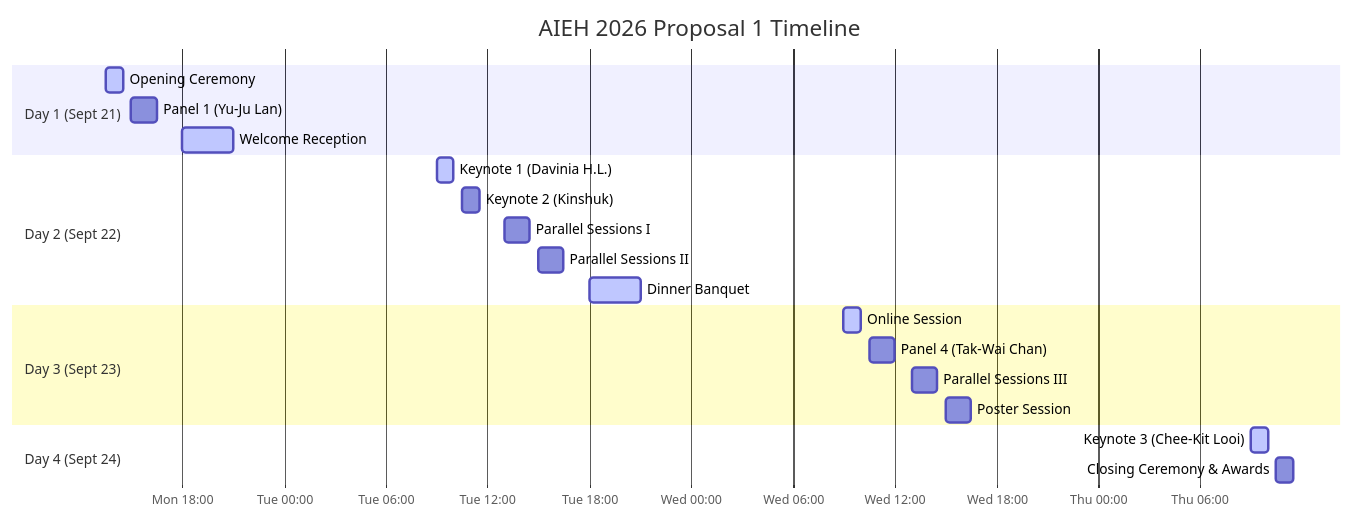
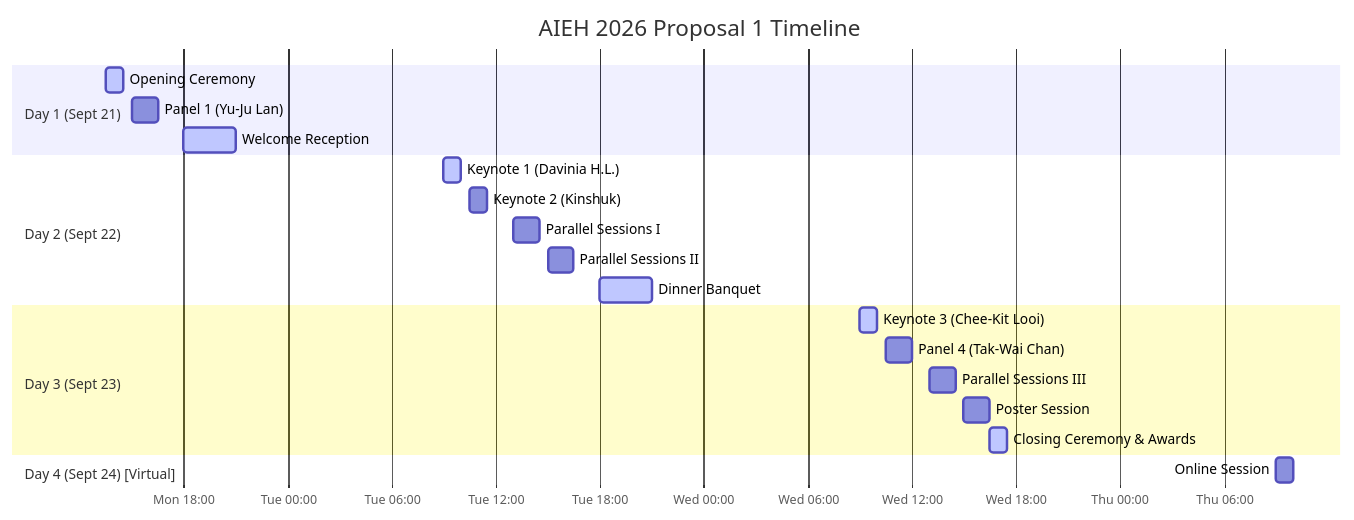
The diagram in conference_agenda.md (CalvinCYLiao/peaceful-pasteur), drawn with Mermaid before and after one commit. The commit also changed other lines of this file and 1 other file, not shown here.

Commit message:
refactor: move Closing Ceremony & Keynote 3 to Day 3; reschedule Day 4 as virtual

````diff
--- a/conference_agenda.md
+++ b/conference_agenda.md
@@ -28,28 +28,28 @@
 ```mermaid
 gantt
     title AIEH 2026 Proposal 1 Timeline
     dateFormat  YYYY-MM-DD HH:mm
     axisFormat %a %H:%M
 
     section Day 1 (Sept 21)
     Opening Ceremony          :active, d1_1, 2026-09-21 13:30, 2026-09-21 14:30
     Panel 1 (Yu-Ju Lan)       :d1_2, 2026-09-21 15:00, 2026-09-21 16:30
     Welcome Reception         :active, d1_3, 2026-09-21 18:00, 2026-09-21 21:00
 
     section Day 2 (Sept 22)
     Keynote 1 (Davinia H.L.)  :active, d2_1, 2026-09-22 09:00, 2026-09-22 10:00
     Keynote 2 (Kinshuk)       :d2_2, 2026-09-22 10:30, 2026-09-22 11:30
     Parallel Sessions I       :d2_3, 2026-09-22 13:00, 2026-09-22 14:30
     Parallel Sessions II      :d2_4, 2026-09-22 15:00, 2026-09-22 16:30
     Dinner Banquet            :active, d2_5, 2026-09-22 18:00, 2026-09-22 21:00
 
     section Day 3 (Sept 23)
-    Online Session            :active, d3_1, 2026-09-23 09:00, 2026-09-23 10:00
+    Keynote 3 (Chee-Kit Looi) :active, d3_1, 2026-09-23 09:00, 2026-09-23 10:00
     Panel 4 (Tak-Wai Chan)    :d3_2, 2026-09-23 10:30, 2026-09-23 12:00
     Parallel Sessions III     :d3_3, 2026-09-23 13:00, 2026-09-23 14:30
     Poster Session            :d3_4, 2026-09-23 15:00, 2026-09-23 16:30
+    Closing Ceremony & Awards :active, d3_5, 2026-09-23 16:30, 2026-09-23 17:30
 
-    section Day 4 (Sept 24)
-    Keynote 3 (Chee-Kit Looi) :active, d4_1, 2026-09-24 09:00, 2026-09-24 10:00
-    Closing Ceremony & Awards :d4_2, 2026-09-24 10:30, 2026-09-24 11:30
+    section Day 4 (Sept 24) [Virtual]
+    Online Session            :d4_1, 2026-09-24 09:00, 2026-09-24 10:00
 ```
````
